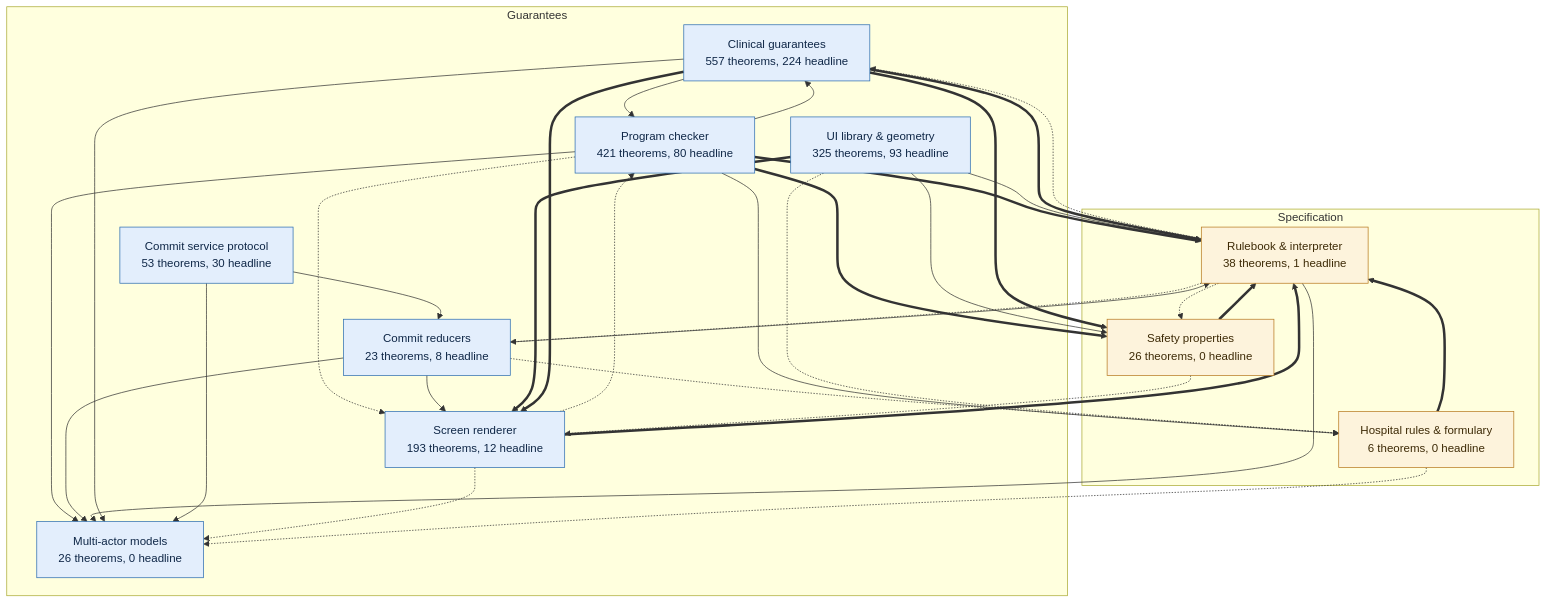
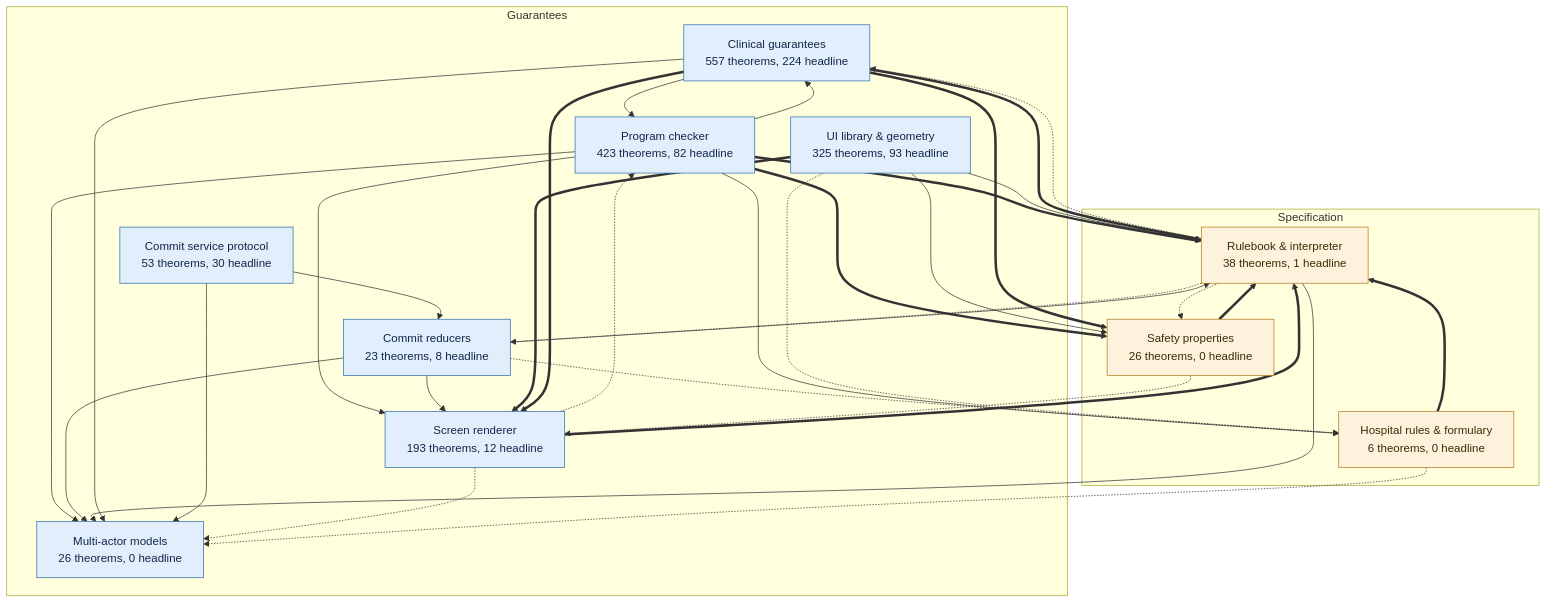
The first of 10 diagrams in docs/proof-map.md (saithat/VGI-Health), drawn with Mermaid before and after one commit. The commit also changed other lines of this file and 24 other files, not shown here.

````diff
--- a/docs/proof-map.md
+++ b/docs/proof-map.md
@@ -15,51 +15,51 @@
 ```mermaid
 flowchart TB
   subgraph guar_g["Guarantees"]
     proofs["Clinical guarantees<br/>557 theorems, 224 headline"]:::guar
-    check["Program checker<br/>421 theorems, 80 headline"]:::guar
+    check["Program checker<br/>423 theorems, 82 headline"]:::guar
     render["Screen renderer<br/>193 theorems, 12 headline"]:::guar
     layout["UI library &amp; geometry<br/>325 theorems, 93 headline"]:::guar
     commit["Commit reducers<br/>23 theorems, 8 headline"]:::guar
     protocol["Commit service protocol<br/>53 theorems, 30 headline"]:::guar
     multi["Multi-actor models<br/>26 theorems, 0 headline"]:::guar
   end
   subgraph spec_g["Specification"]
     core["Rulebook &amp; interpreter<br/>38 theorems, 1 headline"]:::spec
     props["Safety properties<br/>26 theorems, 0 headline"]:::spec
     specs["Hospital rules &amp; formulary<br/>6 theorems, 0 headline"]:::spec
   end
   check ==> core
   check --> multi
   check --> proofs
   check ==> props
-  check -.-> render
+  check --> render
   check --> specs
   commit --> core
   commit --> multi
   commit --> render
   commit -.-> specs
   core -.-> commit
   core --> multi
   core -.-> proofs
   core -.-> props
   layout --> core
   layout --> props
   layout ==> render
   layout -.-> specs
   proofs --> check
   proofs ==> core
   proofs --> multi
   proofs ==> props
   proofs ==> render
   props ==> core
   props -.-> render
   protocol --> commit
   protocol --> multi
   render -.-> check
   render ==> core
   render -.-> multi
   specs ==> core
   specs -.-> multi
   classDef spec fill:#fdf3dc,stroke:#b7791f,color:#3d2a06
   classDef guar fill:#e3eefc,stroke:#2b6cb0,color:#0f2747
 ```
````
